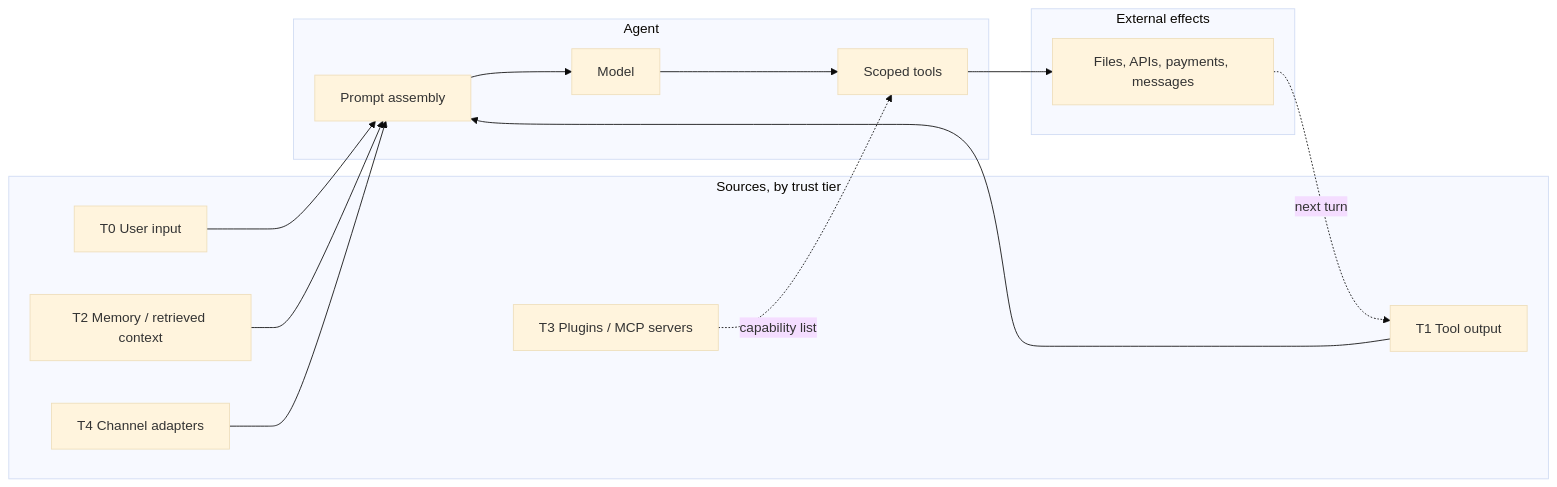
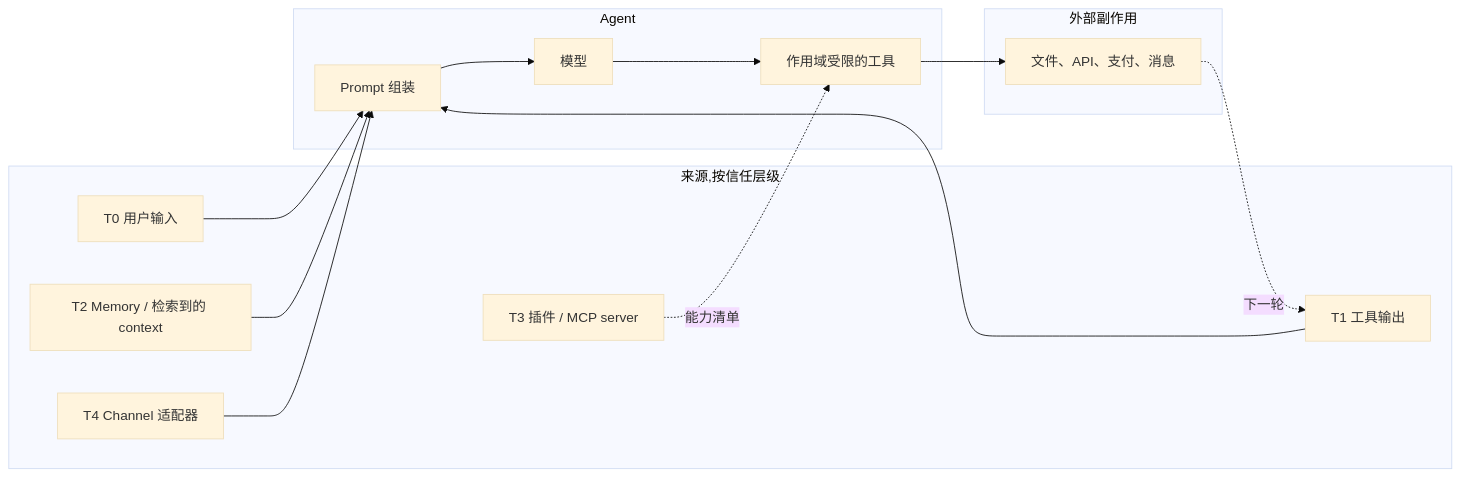
The first of 2 diagrams in course-zh/18-safety-adversarial-inputs.md (ocxers/agentic-ai-system-course-zh), drawn with Mermaid (base theme) before and after one commit. The commit also changed other lines of this file and 14 other files, not shown here.

````diff
--- a/course-zh/18-safety-adversarial-inputs.md
+++ b/course-zh/18-safety-adversarial-inputs.md
@@ -44,27 +44,27 @@
 ```mermaid
 flowchart LR
-    subgraph SRC["Sources, by trust tier"]
-        T0["T0 User input"]
-        T1["T1 Tool output"]
-        T2["T2 Memory / retrieved context"]
-        T3["T3 Plugins / MCP servers"]
-        T4["T4 Channel adapters"]
+    subgraph SRC["来源,按信任层级"]
+        T0["T0 用户输入"]
+        T1["T1 工具输出"]
+        T2["T2 Memory / 检索到的 context"]
+        T3["T3 插件 / MCP server"]
+        T4["T4 Channel 适配器"]
     end
     subgraph AGT["Agent"]
-        Prompt["Prompt assembly"]
-        Model["Model"]
-        Tools["Scoped tools"]
+        Prompt["Prompt 组装"]
+        Model["模型"]
+        Tools["作用域受限的工具"]
     end
-    subgraph EXT["External effects"]
-        World["Files, APIs, payments, messages"]
+    subgraph EXT["外部副作用"]
+        World["文件、API、支付、消息"]
     end
     T0 --> Prompt
     T1 --> Prompt
     T2 --> Prompt
-    T3 -.->|capability list| Tools
+    T3 -.->|能力清单| Tools
     T4 --> Prompt
     Prompt --> Model
     Model --> Tools
     Tools --> World
-    World -.->|next turn| T1
+    World -.->|下一轮| T1
 ```
````
